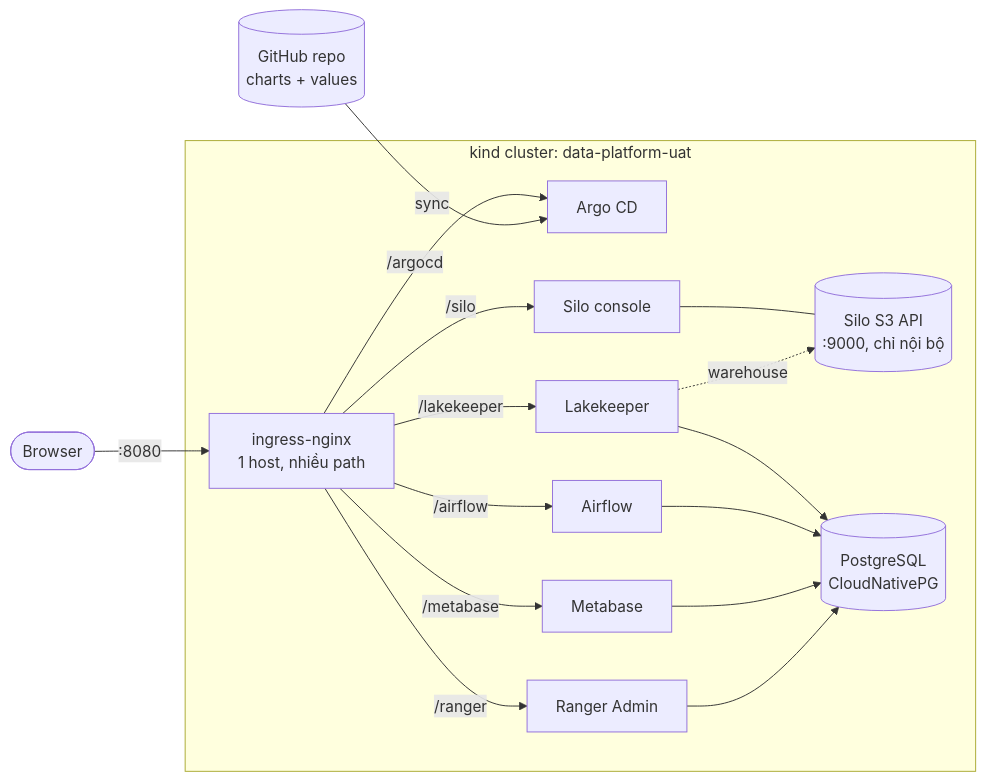
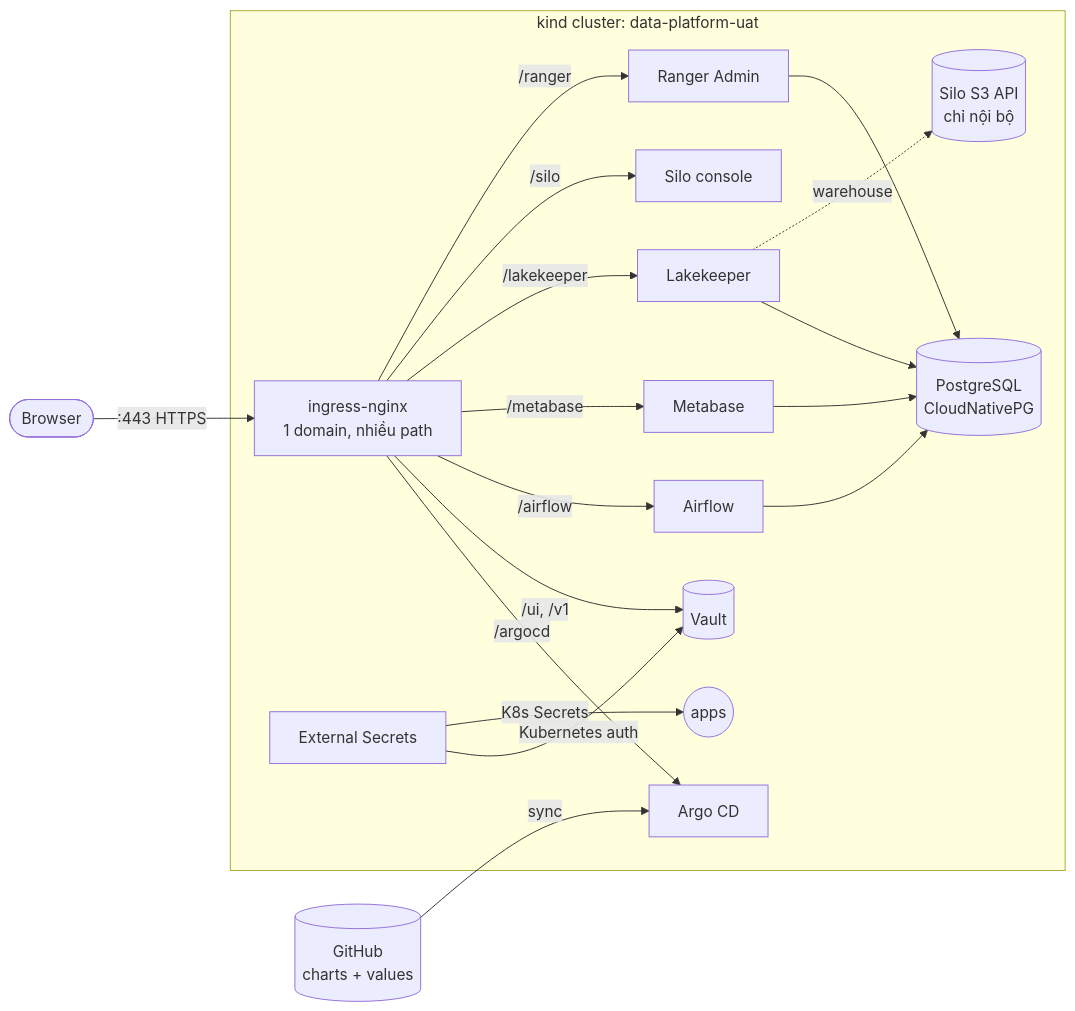
The diagram in README.md (viethqb/data-platform-k8s-demo), drawn with Mermaid before and after one commit. The commit also changed other lines of this file and 29 other files, not shown here.

````diff
--- a/README.md
+++ b/README.md
@@ -17,25 +18,26 @@
 ```mermaid
 flowchart LR
-  browser([Browser]) -->|":8080"| nginx[ingress-nginx<br/>1 host, nhiều path]
+  browser([Browser]) -->|":443 HTTPS"| nginx[ingress-nginx<br/>1 domain, nhiều path]
 
   subgraph kind["kind cluster: data-platform-uat"]
     nginx -->|/argocd| argocd[Argo CD]
+    nginx -->|"/ui, /v1"| vault[(Vault)]
     nginx -->|/airflow| airflow[Airflow]
     nginx -->|/metabase| metabase[Metabase]
     nginx -->|/lakekeeper| lakekeeper[Lakekeeper]
     nginx -->|/silo| siloc[Silo console]
     nginx -->|/ranger| ranger[Ranger Admin]
 
-    silo[(Silo S3 API<br/>:9000, chỉ nội bộ)]
+    eso[External Secrets] -->|Kubernetes auth| vault
+    eso -->|K8s Secrets| apps((apps))
     pg[(PostgreSQL<br/>CloudNativePG)]
-
-    siloc --- silo
+    silo[(Silo S3 API<br/>chỉ nội bộ)]
     lakekeeper --> pg
-    lakekeeper -. warehouse .-> silo
     airflow --> pg
     metabase --> pg
     ranger --> pg
+    lakekeeper -. warehouse .-> silo
   end
 
-  git[(GitHub repo<br/>charts + values)] -->|sync| argocd
+  git[(GitHub<br/>charts + values)] -->|sync| argocd
 ```
````
